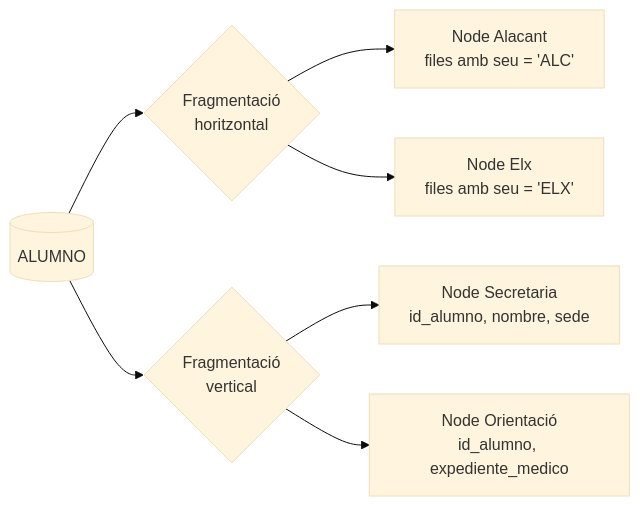
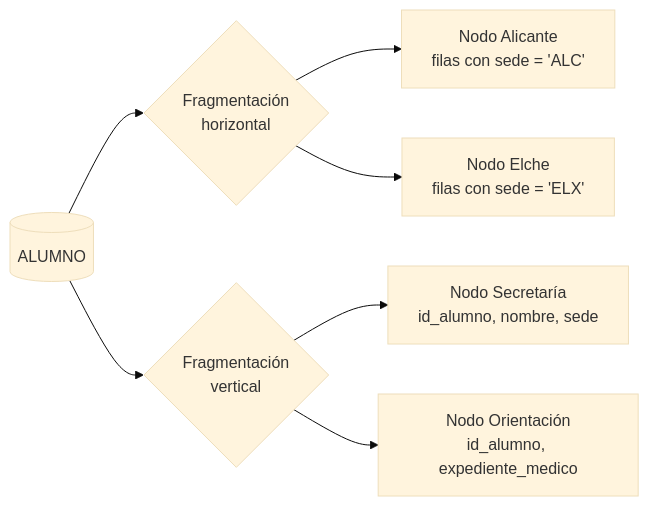
Before and after one commit to LorenaLResusta/BBDD: the second of 3 diagrams in content.es/ud01-introduccion/ud01-teoria.md, drawn with Mermaid (base theme). The commit also changed other lines of this file and 80 other files, not shown here.

````diff
--- a/content.es/ud01-introduccion/ud01-teoria.md
+++ b/content.es/ud01-introduccion/ud01-teoria.md
@@ -733,9 +769,9 @@
 ```mermaid
 flowchart LR
-    T[(ALUMNO)] --> H{Fragmentació<br/>horitzontal}
-    T --> V{Fragmentació<br/>vertical}
-    H --> H1["Node Alacant<br/>files amb seu = 'ALC'"]
-    H --> H2["Node Elx<br/>files amb seu = 'ELX'"]
-    V --> V1["Node Secretaria<br/>id_alumno, nombre, sede"]
-    V --> V2["Node Orientació<br/>id_alumno, expediente_medico"]
+    T[(ALUMNO)] --> H{Fragmentación<br/>horizontal}
+    T --> V{Fragmentación<br/>vertical}
+    H --> H1["Nodo Alicante<br/>filas con sede = 'ALC'"]
+    H --> H2["Nodo Elche<br/>filas con sede = 'ELX'"]
+    V --> V1["Nodo Secretaría<br/>id_alumno, nombre, sede"]
+    V --> V2["Nodo Orientación<br/>id_alumno, expediente_medico"]
 ```
````
